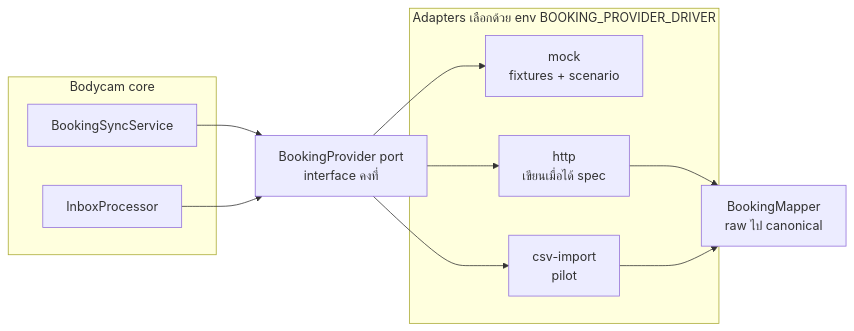
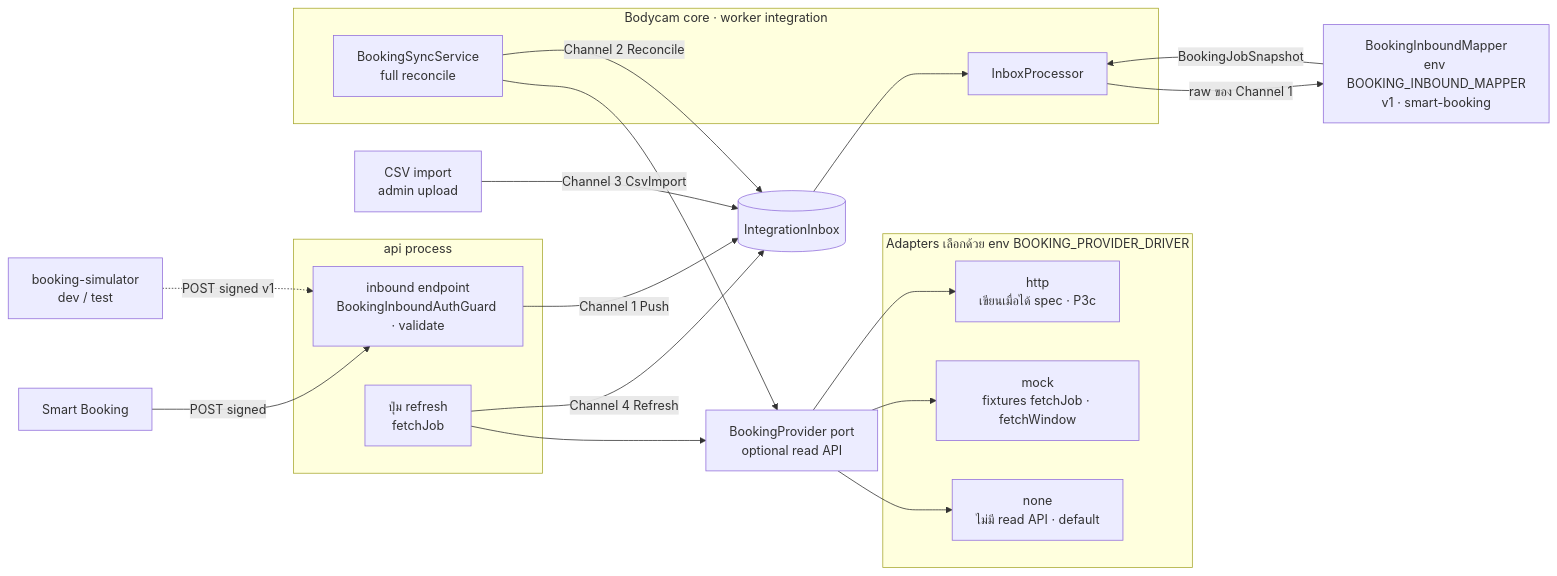
Before and after one commit to b-werayut/psd-bodycam-v1.0: the diagram in docs/blueprint/07-integration-strategy.md, drawn with Mermaid. The commit also changed other lines of this file and 15 other files, not shown here.

````diff
--- a/docs/blueprint/07-integration-strategy.md
+++ b/docs/blueprint/07-integration-strategy.md
@@ -73,19 +173,34 @@
 ```mermaid
 flowchart LR
-  subgraph Core["Bodycam core"]
-    SYNC["BookingSyncService"]
+  BOOK["Smart Booking"]
+  SIM["booking-simulator<br/>dev / test"]
+  subgraph Api["api process"]
+    INB["inbound endpoint<br/>BookingInboundAuthGuard · validate"]
+    REF["ปุ่ม refresh<br/>fetchJob"]
+  end
+  CSV["CSV import<br/>admin upload"]
+  INBOX[("IntegrationInbox")]
+  subgraph Core["Bodycam core · worker integration"]
     PROC["InboxProcessor"]
+    SYNC["BookingSyncService<br/>full reconcile"]
   end
-  PORT["BookingProvider port<br/>interface คงที่"]
+  MAPIN["BookingInboundMapper<br/>env BOOKING_INBOUND_MAPPER<br/>v1 · smart-booking"]
+  PORT["BookingProvider port<br/>optional read API"]
   subgraph Adapters["Adapters เลือกด้วย env BOOKING_PROVIDER_DRIVER"]
-    MOCK["mock<br/>fixtures + scenario"]
-    HTTP["http<br/>เขียนเมื่อได้ spec"]
-    CSV["csv-import<br/>pilot"]
+    NONE["none<br/>ไม่มี read API · default"]
+    MOCK["mock<br/>fixtures fetchJob · fetchWindow"]
+    HTTP["http<br/>เขียนเมื่อได้ spec · P3c"]
   end
-  MAP["BookingMapper<br/>raw ไป canonical"]
+  BOOK -- "POST signed" --> INB
+  SIM -. "POST signed v1" .-> INB
+  INB -- "Channel 1 Push" --> INBOX
+  CSV -- "Channel 3 CsvImport" --> INBOX
+  REF --> PORT
   SYNC --> PORT
-  PROC --> PORT
-  PORT --> MOCK & HTTP & CSV
-  HTTP --> MAP
-  CSV --> MAP
+  PORT --> NONE & MOCK & HTTP
+  REF -- "Channel 4 Refresh" --> INBOX
+  SYNC -- "Channel 2 Reconcile" --> INBOX
+  INBOX --> PROC
+  PROC -- "raw ของ Channel 1" --> MAPIN
+  MAPIN -- "BookingJobSnapshot" --> PROC
 ```
````
